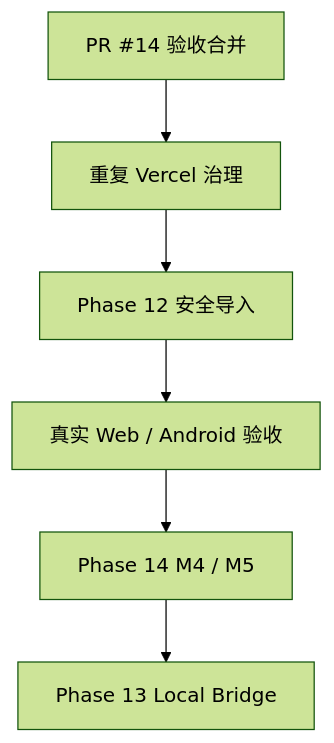
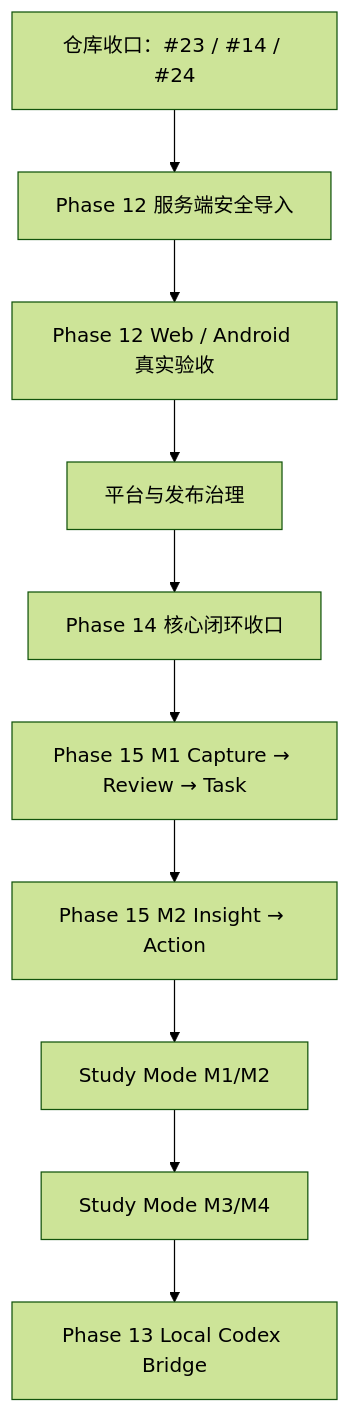
The second of 2 diagrams in PROJECT_BLUEPRINT.md (tiads031-boop/sparkflow), drawn with Mermaid (forest theme) before and after one commit. The commit also changed other lines of this file, not shown here.

Commit message:
docs: synchronize project blueprint with current roadmap

````diff
--- a/PROJECT_BLUEPRINT.md
+++ b/PROJECT_BLUEPRINT.md
@@ -188,8 +245,12 @@
 ```mermaid
 flowchart TD
-    A["PR #14 验收合并"] --> B["重复 Vercel 治理"]
-    B --> C["Phase 12 安全导入"]
-    C --> D["真实 Web / Android 验收"]
-    D --> E["Phase 14 M4 / M5"]
-    E --> F["Phase 13 Local Bridge"]
+    A["仓库收口：#23 / #14 / #24"] --> B["Phase 12 服务端安全导入"]
+    B --> C["Phase 12 Web / Android 真实验收"]
+    C --> D["平台与发布治理"]
+    D --> E["Phase 14 核心闭环收口"]
+    E --> F["Phase 15 M1 Capture → Review → Task"]
+    F --> G["Phase 15 M2 Insight → Action"]
+    G --> H["Study Mode M1/M2"]
+    H --> I["Study Mode M3/M4"]
+    I --> J["Phase 13 Local Codex Bridge"]
 ```
````
